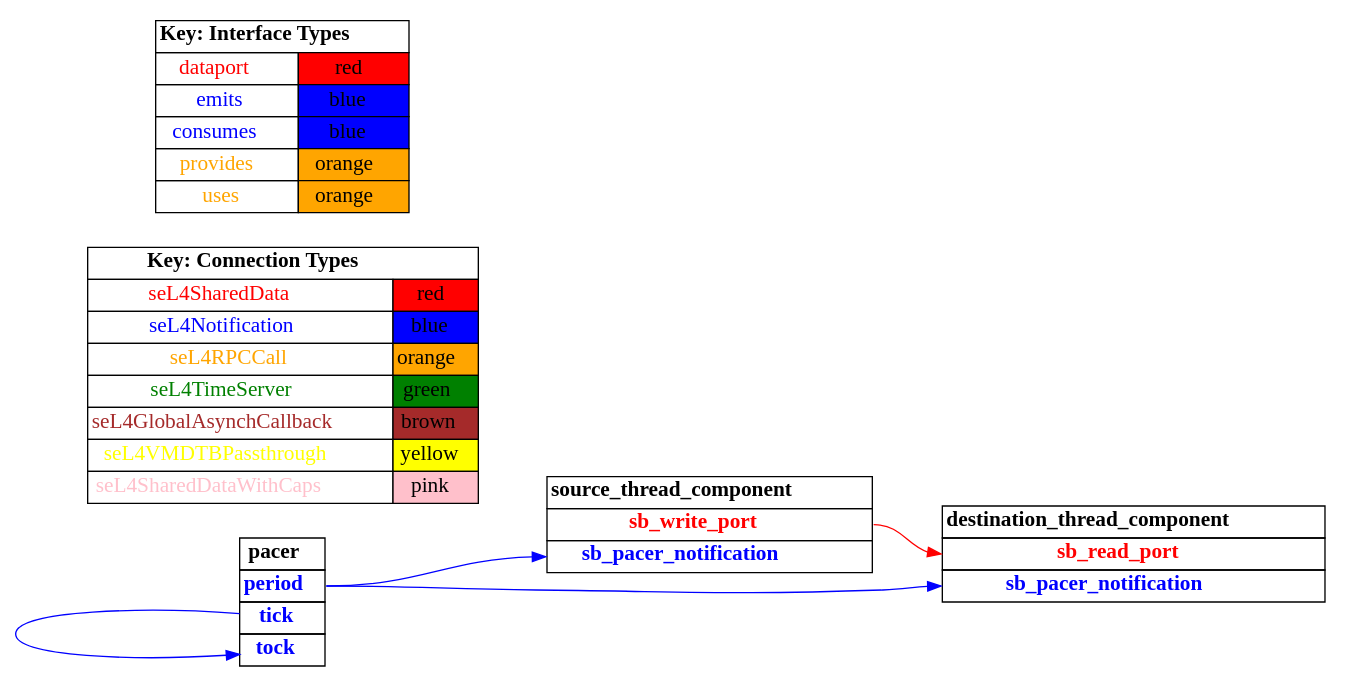
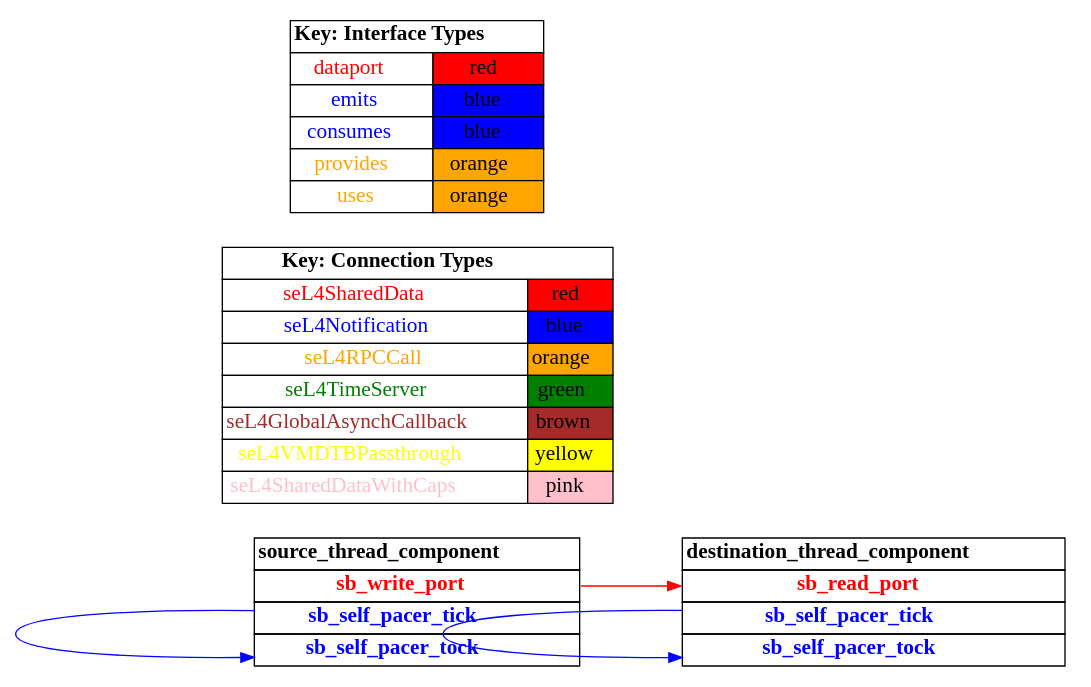
One commit to loonwerks/CASE changed the diagram in TA5/tool-evaluation-4/HAMR/examples/test_data_port_periodic_domains/CAmkES_seL4/src/c/CAmkES_seL4/graph_simple.dot. Above: the diagram before and after it, drawn with Graphviz. The commit also changed 115 other files, not shown here.

```diff
--- a/TA5/tool-evaluation-4/HAMR/examples/test_data_port_periodic_domains/CAmkES_seL4/src/c/CAmkES_seL4/graph_simple.dot
+++ b/TA5/tool-evaluation-4/HAMR/examples/test_data_port_periodic_domains/CAmkES_seL4/src/c/CAmkES_seL4/graph_simple.dot
@@ -1,101 +1,85 @@
 digraph g {
 graph [
   overlap = false,
   rankdir = "LR"
 ];
 node [
   fontsize = "16",
   shape = "ellipse"
 ];
 edge [
 ];
 
 source_thread_component [
   label=<
     <TABLE BORDER="0" CELLBORDER="1" CELLSPACING="0">
       <TR><TD><B>source_thread_component</B></TD></TR>
       <TR><TD PORT="sb_write_port"><FONT COLOR="red"><B>sb_write_port</B></FONT></TD></TR>
-      <TR><TD PORT="sb_pacer_notification"><FONT COLOR="blue"><B>sb_pacer_notification</B></FONT></TD></TR>"
+      <TR><TD PORT="sb_self_pacer_tick"><FONT COLOR="blue"><B>sb_self_pacer_tick</B></FONT></TD></TR>
+      <TR><TD PORT="sb_self_pacer_tock"><FONT COLOR="blue"><B>sb_self_pacer_tock</B></FONT></TD></TR>"
     </TABLE>
   >
   shape=plaintext
 ];
 
 destination_thread_component [
   label=<
     <TABLE BORDER="0" CELLBORDER="1" CELLSPACING="0">
       <TR><TD><B>destination_thread_component</B></TD></TR>
       <TR><TD PORT="sb_read_port"><FONT COLOR="red"><B>sb_read_port</B></FONT></TD></TR>
-      <TR><TD PORT="sb_pacer_notification"><FONT COLOR="blue"><B>sb_pacer_notification</B></FONT></TD></TR>"
-    </TABLE>
-  >
-  shape=plaintext
-];
-
-pacer [
-  label=<
-    <TABLE BORDER="0" CELLBORDER="1" CELLSPACING="0">
-      <TR><TD><B>pacer</B></TD></TR>
-      <TR><TD PORT="period"><FONT COLOR="blue"><B>period</B></FONT></TD></TR>
-      <TR><TD PORT="tick"><FONT COLOR="blue"><B>tick</B></FONT></TD></TR>
-      <TR><TD PORT="tock"><FONT COLOR="blue"><B>tock</B></FONT></TD></TR>"
+      <TR><TD PORT="sb_self_pacer_tick"><FONT COLOR="blue"><B>sb_self_pacer_tick</B></FONT></TD></TR>
+      <TR><TD PORT="sb_self_pacer_tock"><FONT COLOR="blue"><B>sb_self_pacer_tock</B></FONT></TD></TR>"
     </TABLE>
   >
   shape=plaintext
 ];
 
 connectiontypekey [
   label=<
    <TABLE BORDER="0" CELLBORDER="1" CELLSPACING="0">
      <TR><TD COLSPAN="2"><B>Key: Connection Types</B></TD></TR>
      <TR><TD><FONT COLOR="red">seL4SharedData</FONT></TD><TD BGCOLOR="red">red</TD></TR>
      <TR><TD><FONT COLOR="blue">seL4Notification</FONT></TD><TD BGCOLOR="blue">blue</TD></TR>
      <TR><TD><FONT COLOR="orange">seL4RPCCall</FONT></TD><TD BGCOLOR="orange">orange</TD></TR>
      <TR><TD><FONT COLOR="green">seL4TimeServer</FONT></TD><TD BGCOLOR="green">green</TD></TR>
      <TR><TD><FONT COLOR="brown">seL4GlobalAsynchCallback</FONT></TD><TD BGCOLOR="brown">brown</TD></TR>
      <TR><TD><FONT COLOR="yellow">seL4VMDTBPassthrough</FONT></TD><TD BGCOLOR="yellow">yellow</TD></TR>
      <TR><TD><FONT COLOR="pink">seL4SharedDataWithCaps</FONT></TD><TD BGCOLOR="pink">pink</TD></TR>
    </TABLE>
   >
   shape=plaintext
 ];
 
 interfacetypekey [
   label=<
    <TABLE BORDER="0" CELLBORDER="1" CELLSPACING="0">
      <TR><TD COLSPAN="2"><B>Key: Interface Types</B></TD></TR>
      <TR><TD><FONT COLOR="red">dataport</FONT></TD><TD BGCOLOR="red">red</TD></TR>
      <TR><TD><FONT COLOR="blue">emits</FONT></TD><TD BGCOLOR="blue">blue</TD></TR>
      <TR><TD><FONT COLOR="blue">consumes</FONT></TD><TD BGCOLOR="blue">blue</TD></TR>
      <TR><TD><FONT COLOR="orange">provides</FONT></TD><TD BGCOLOR="orange">orange</TD></TR>
      <TR><TD><FONT COLOR="orange">uses</FONT></TD><TD BGCOLOR="orange">orange</TD></TR>
    </TABLE>
   >
   shape=plaintext
 ];
 
 "source_thread_component":sb_write_port -> "destination_thread_component":sb_read_port [
   color="red"
   //label = "seL4SharedData"
   id = conn1
 ];
 
-"pacer":tick -> "pacer":tock [
+"source_thread_component":sb_self_pacer_tick -> "source_thread_component":sb_self_pacer_tock [
   color="blue"
   //label = "seL4Notification"
   id = conn2
 ];
 
-"pacer":period -> "source_thread_component":sb_pacer_notification [
+"destination_thread_component":sb_self_pacer_tick -> "destination_thread_component":sb_self_pacer_tock [
   color="blue"
   //label = "seL4Notification"
   id = conn3
 ];
 
-"pacer":period -> "destination_thread_component":sb_pacer_notification [
-  color="blue"
-  //label = "seL4Notification"
-  id = conn4
-];
-
 }
```
